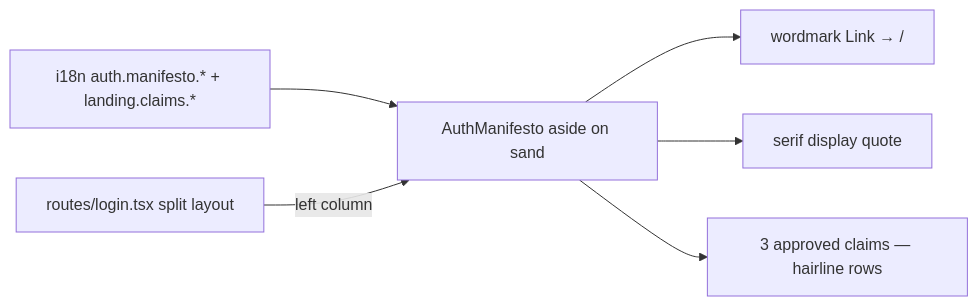
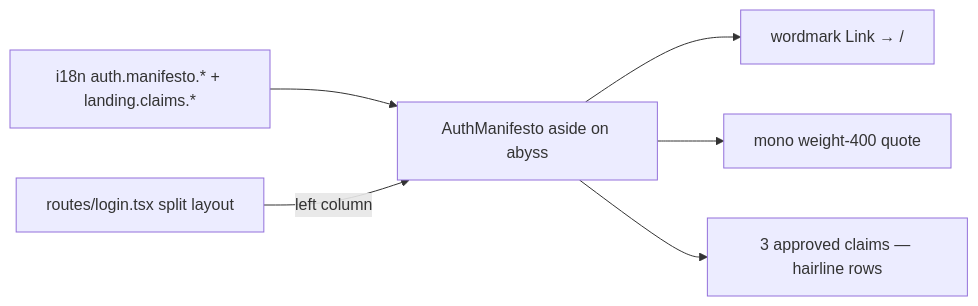
The diagram in apps/web/src/modules/Auth/components/AuthManifesto.tsx.md (AzamatRaimbekov2/openCreate), drawn with Mermaid before and after one commit. The commit also changed other lines of this file and 99 other files, not shown here.

````diff
--- a/apps/web/src/modules/Auth/components/AuthManifesto.tsx.md
+++ b/apps/web/src/modules/Auth/components/AuthManifesto.tsx.md
@@ -30,8 +30,8 @@
 ```mermaid
 flowchart LR
-  I18N[i18n auth.manifesto.* + landing.claims.*] --> M[AuthManifesto aside on sand]
+  I18N[i18n auth.manifesto.* + landing.claims.*] --> M[AuthManifesto aside on abyss]
   M --> W[wordmark Link → /]
-  M --> Q[serif display quote]
+  M --> Q[mono weight-400 quote]
   M --> C[3 approved claims — hairline rows]
   R[routes/login.tsx split layout] -->|left column| M
 ```
````
